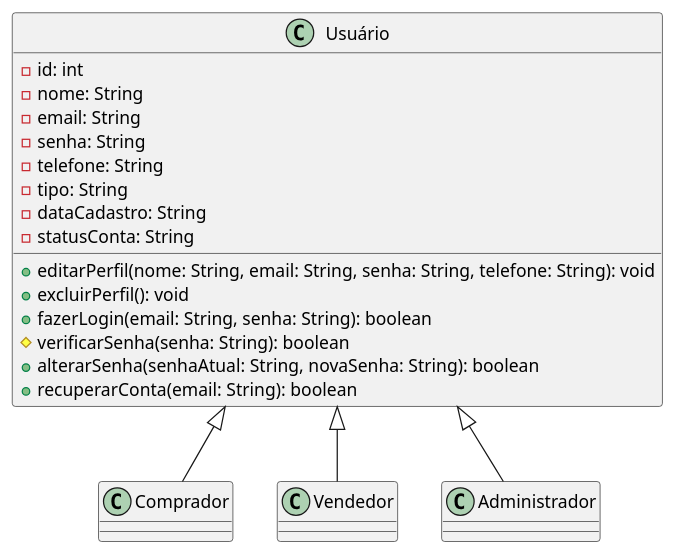
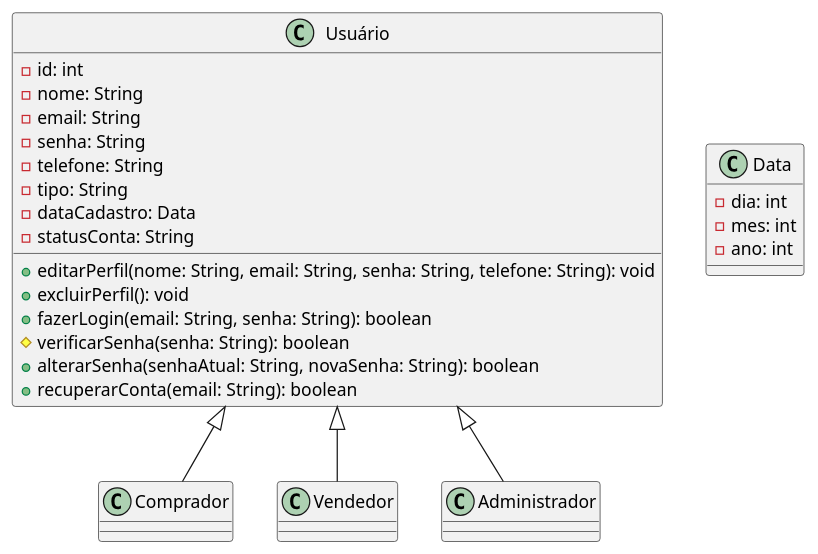
Before and after one commit to guilhermeoliveirateo/sistema-compra-venda-veiculos: the diagram in classes.md, drawn with PlantUML.

````diff
--- a/classes.md
+++ b/classes.md
@@ -9,40 +9,46 @@
 ``` plantuml
 @startuml 
 
 class Usuário {
 -id: int
 -nome: String
 -email: String
 -senha: String
 -telefone: String
 -tipo: String
--dataCadastro: String
+-dataCadastro: Data
 -statusConta: String
 
 +editarPerfil(nome: String, email: String, senha: String, telefone: String): void
 +excluirPerfil(): void
 +fazerLogin(email: String, senha: String): boolean
 #verificarSenha(senha: String): boolean
 +alterarSenha(senhaAtual: String, novaSenha: String): boolean
 +recuperarConta(email: String): boolean
 
 }
 
 class Comprador {
 
 }
 
 class Vendedor {
 
 }
 
 class Administrador {
 
 }
 
 Usuário <|-- Comprador
 Usuário <|-- Vendedor
 Usuário <|-- Administrador
+
+class Data {
+-dia: int
+-mes: int
+-ano: int
+}
  
 @enduml
 ```
````
